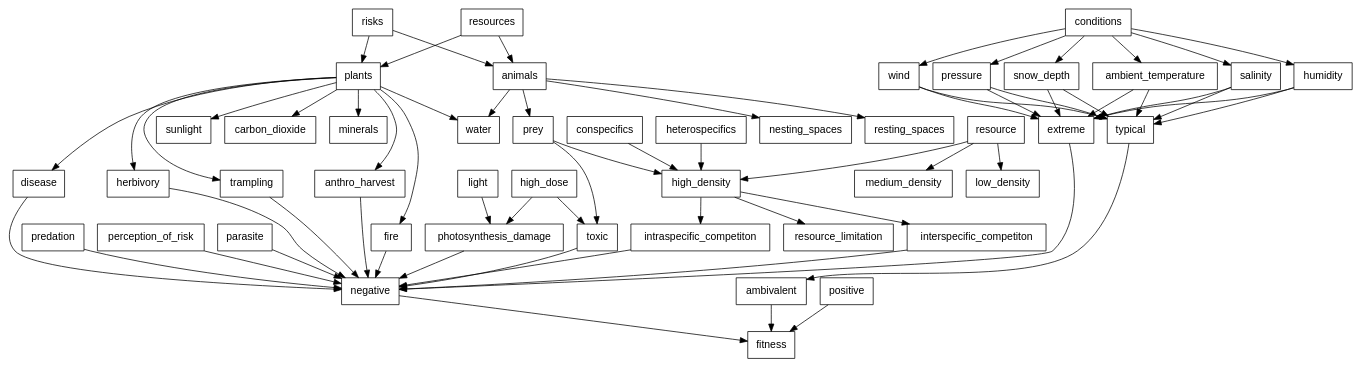
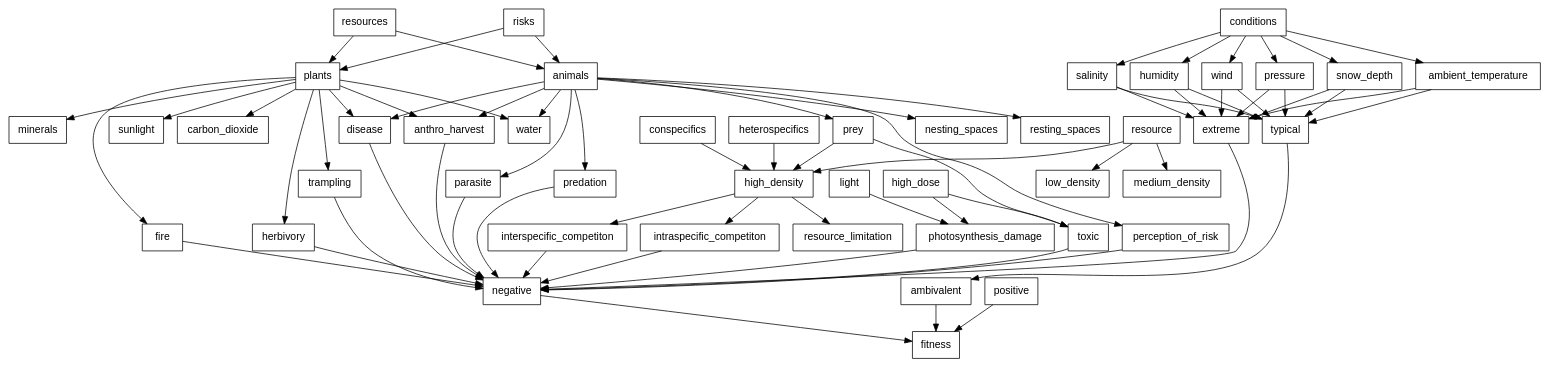
The diagram in gv/resources-risks-conditions.gv (robitalec/comprehensive-exam), drawn with Graphviz before and after one commit.

```diff
--- a/gv/resources-risks-conditions.gv
+++ b/gv/resources-risks-conditions.gv
@@ -1,41 +1,41 @@
 digraph resources_risks_conditions {
 
   graph [fontsize = 12]
 
 	node [shape = box, fontname = Helvetica]
 
 		{rank=same
     resources
     risks
     conditions
 		}
 
 		{rank=same
     animals
     plants
 		}
 
     resources -> plants -> {sunlight carbon_dioxide water minerals}
     resources -> animals -> {prey water nesting_spaces resting_spaces}
 
     risks -> plants -> {herbivory trampling anthro_harvest fire disease}
-    risks -> animals {predation perception_of_risk parasite disease anthro_harvest}
+    risks -> animals -> {predation perception_of_risk parasite disease anthro_harvest}
 
     conditions -> {ambient_temperature salinity humidity wind pressure snow_depth} -> {extreme typical}
 
     {prey high_dose} -> toxic
     {light high_dose} -> photosynthesis_damage
 
     {prey conspecifics heterospecifics} -> high_density -> {intraspecific_competiton resource_limitation interspecific_competiton}
 
     resource -> {low_density medium_density high_density}
 
     extreme -> negative
     typical -> ambivalent
 
     {toxic photosynthesis_damage interspecific_competiton intraspecific_competiton} -> negative
     {herbivory trampling anthro_harvest fire disease parasite perception_of_risk predation} -> negative
 
     {positive  negative  ambivalent} -> fitness
 
 }
```
